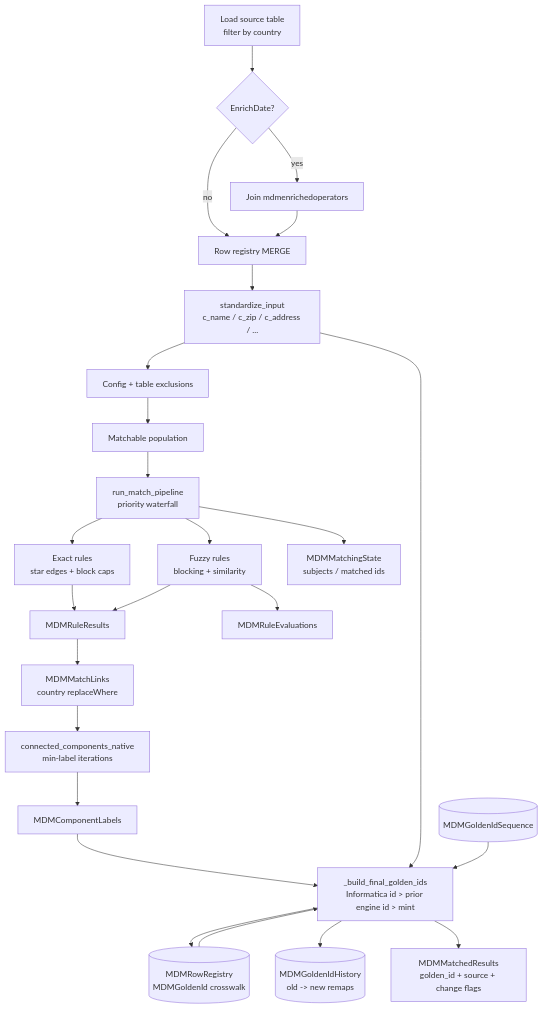
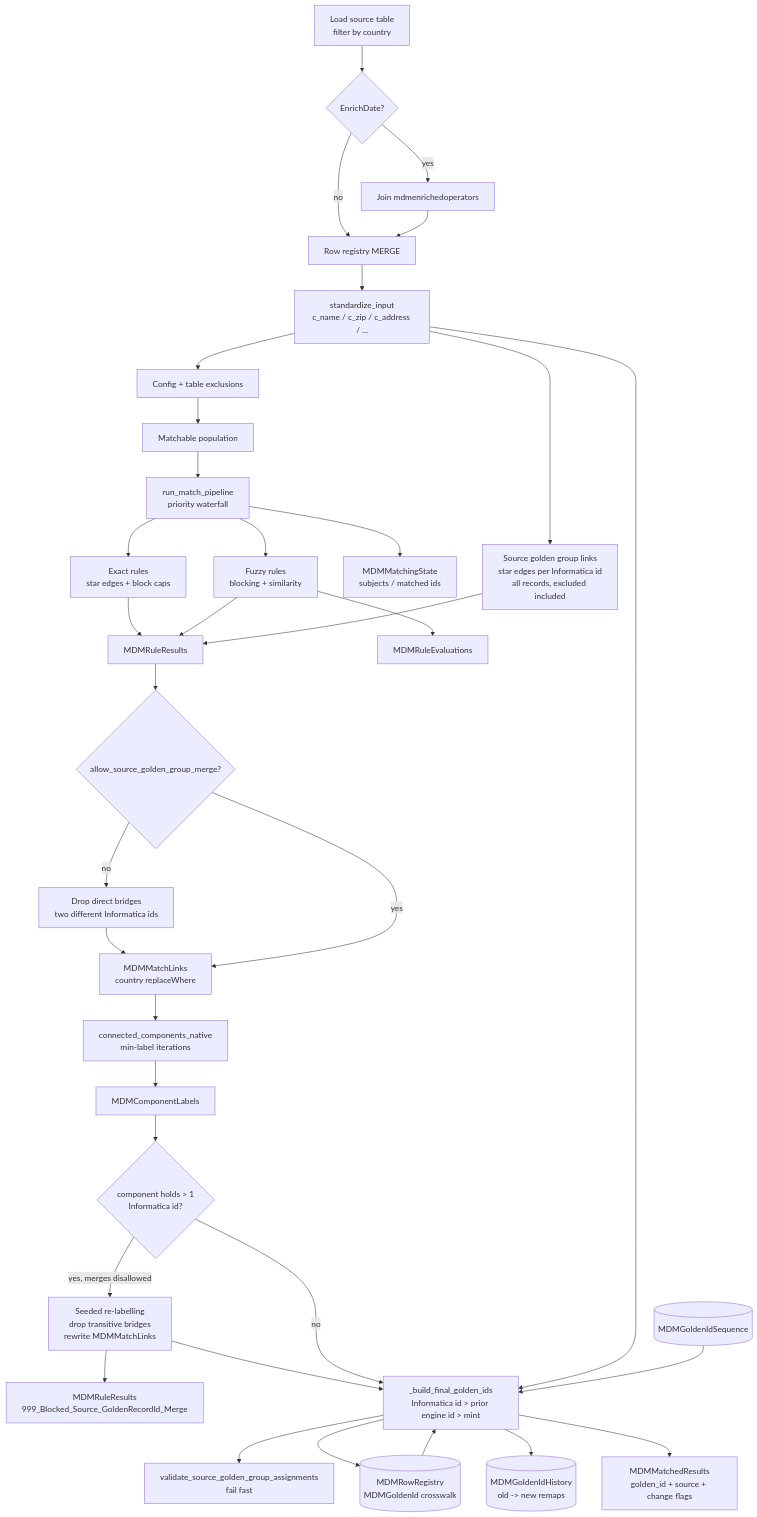
The diagram in docs/ARCHITECTURE.md (exa-admin/Virgo), drawn with Mermaid before and after one commit. The commit also changed other lines of this file and 9 other files, not shown here.

First line of the commit message:
Preserve Informatica golden groupings as hard links; set golden_id_floor to 1e8

````diff
--- a/docs/ARCHITECTURE.md
+++ b/docs/ARCHITECTURE.md
@@ -9,29 +9,41 @@
 ```mermaid
 flowchart TD
   A[Load source table<br/>filter by country] --> B{EnrichDate?}
   B -->|yes| C[Join mdmenrichedoperators]
   B -->|no| D[Row registry MERGE]
   C --> D
   D --> E[standardize_input<br/>c_name / c_zip / c_address / ...]
   E --> F[Config + table exclusions]
   F --> G[Matchable population]
   G --> H[run_match_pipeline<br/>priority waterfall]
 
   H --> H1[Exact rules<br/>star edges + block caps]
   H --> H2[Fuzzy rules<br/>blocking + similarity]
   H1 --> I[MDMRuleResults]
   H2 --> I
   H2 --> J[MDMRuleEvaluations]
   H --> K[MDMMatchingState<br/>subjects / matched ids]
 
-  I --> L[MDMMatchLinks<br/>country replaceWhere]
+  E --> SG[Source golden group links<br/>star edges per Informatica id<br/>all records, excluded included]
+  SG --> I
+  I --> BF{allow_source_golden_group_merge?}
+  BF -->|no| BD[Drop direct bridges<br/>two different Informatica ids]
+  BD --> L
+  BF -->|yes| L
+  L[MDMMatchLinks<br/>country replaceWhere]
   L --> M[connected_components_native<br/>min-label iterations]
   M --> N[MDMComponentLabels]
-  N --> O[_build_final_golden_ids<br/>Informatica id > prior engine id > mint]
+  N --> BT{component holds > 1<br/>Informatica id?}
+  BT -->|yes, merges disallowed| BR[Seeded re-labelling<br/>drop transitive bridges<br/>rewrite MDMMatchLinks]
+  BR --> BL[MDMRuleResults<br/>999_Blocked_Source_GoldenRecordId_Merge]
+  BR --> O
+  BT -->|no| O
+  O[_build_final_golden_ids<br/>Informatica id > prior engine id > mint]
+  O --> V[validate_source_golden_group_assignments<br/>fail fast]
   E --> O
   S[(MDMGoldenIdSequence)] --> O
   O --> R[(MDMRowRegistry<br/>MDMGoldenId crosswalk)]
   R --> O
   O --> X[(MDMGoldenIdHistory<br/>old -> new remaps)]
   O --> P[MDMMatchedResults<br/>golden_id + source + change flags]
 ```
````
